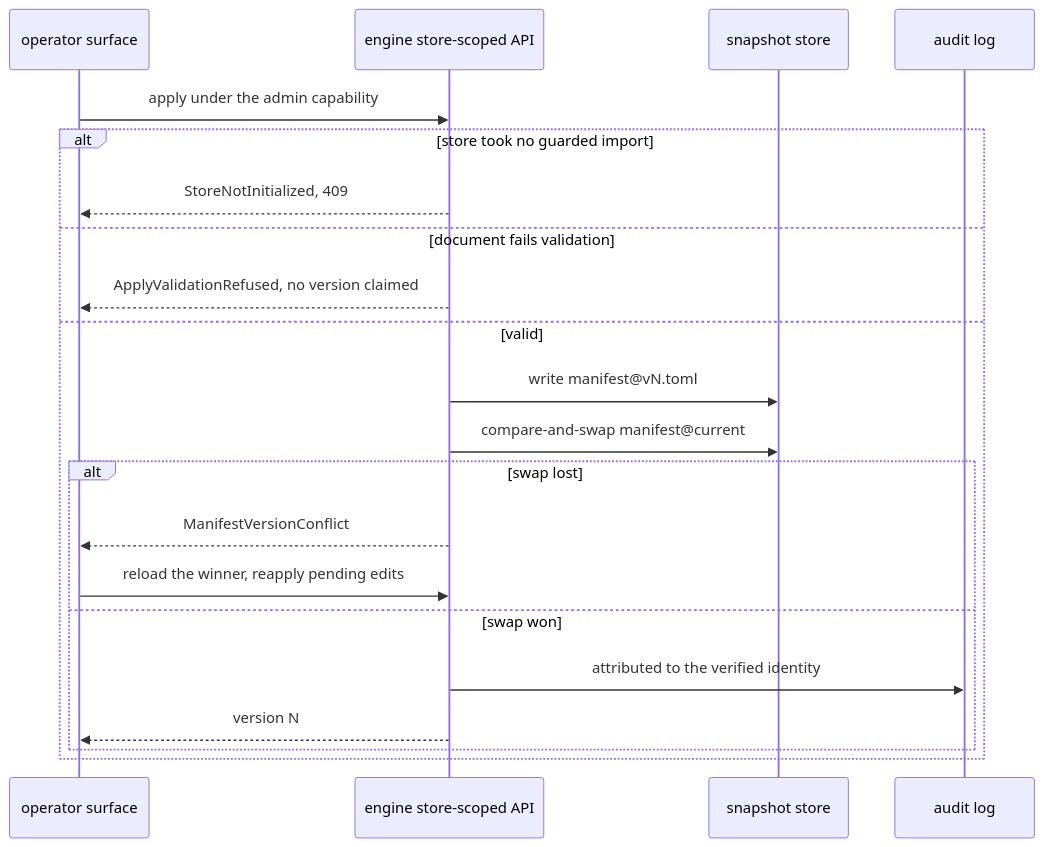
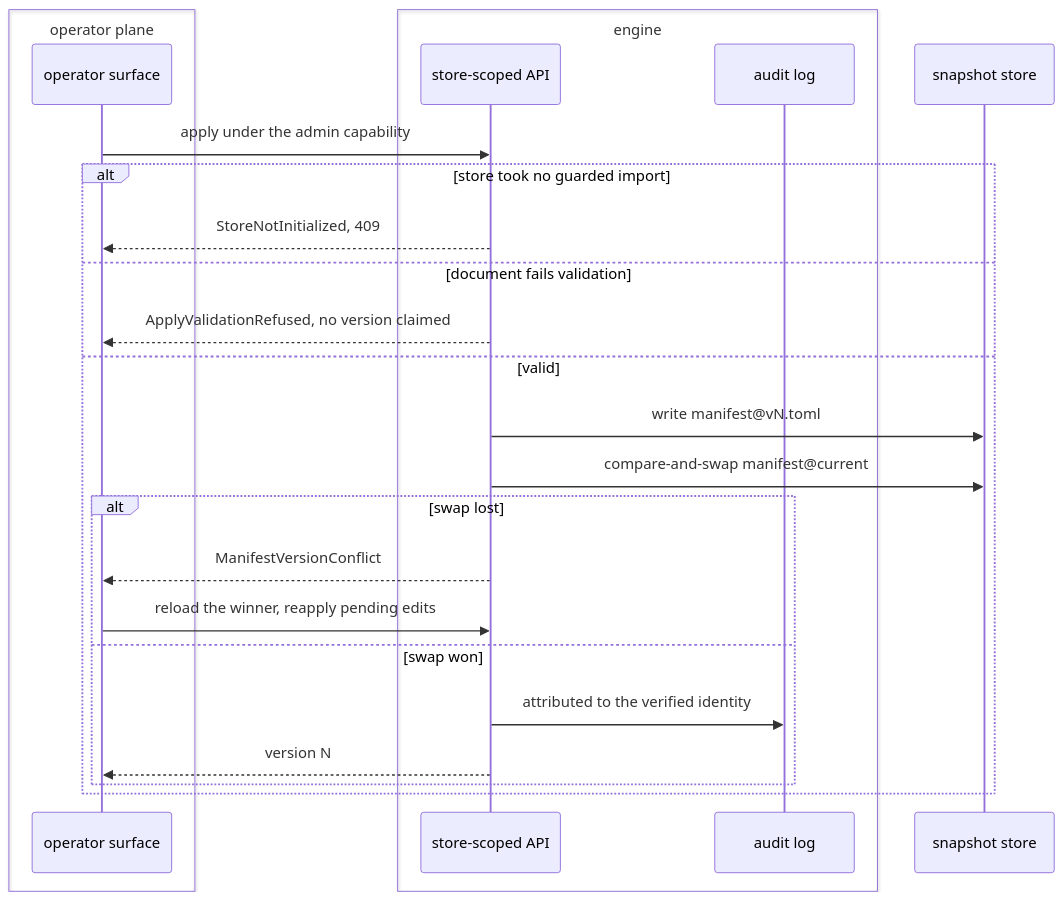
One commit to fractalboxdev/contextful changed the fifth of 5 diagrams in spec/70-control-plane.md. Above: the diagram before and after it, drawn with Mermaid. The commit also changed other lines of this file and 33 other files, not shown here.

Commit message:
spec: diagrams draw contracts, parties and trust zones as containers; a node standing for one is refused

````diff
--- a/spec/70-control-plane.md
+++ b/spec/70-control-plane.md
@@ -182,23 +205,27 @@
 ```mermaid
 sequenceDiagram
-  participant O as operator surface
-  participant E as engine store-scoped API
+  box operator plane
+    participant O as operator surface
+  end
+  box engine
+    participant E as store-scoped API
+    participant A as audit log
+  end
   participant S as snapshot store
-  participant A as audit log
   O->>E: apply under the admin capability
   alt store took no guarded import
     E-->>O: StoreNotInitialized, 409
   else document fails validation
     E-->>O: ApplyValidationRefused, no version claimed
   else valid
     E->>S: write manifest@vN.toml
     E->>S: compare-and-swap manifest@current
     alt swap lost
       E-->>O: ManifestVersionConflict
       O->>E: reload the winner, reapply pending edits
     else swap won
       E->>A: attributed to the verified identity
       E-->>O: version N
     end
   end
 ```
````
